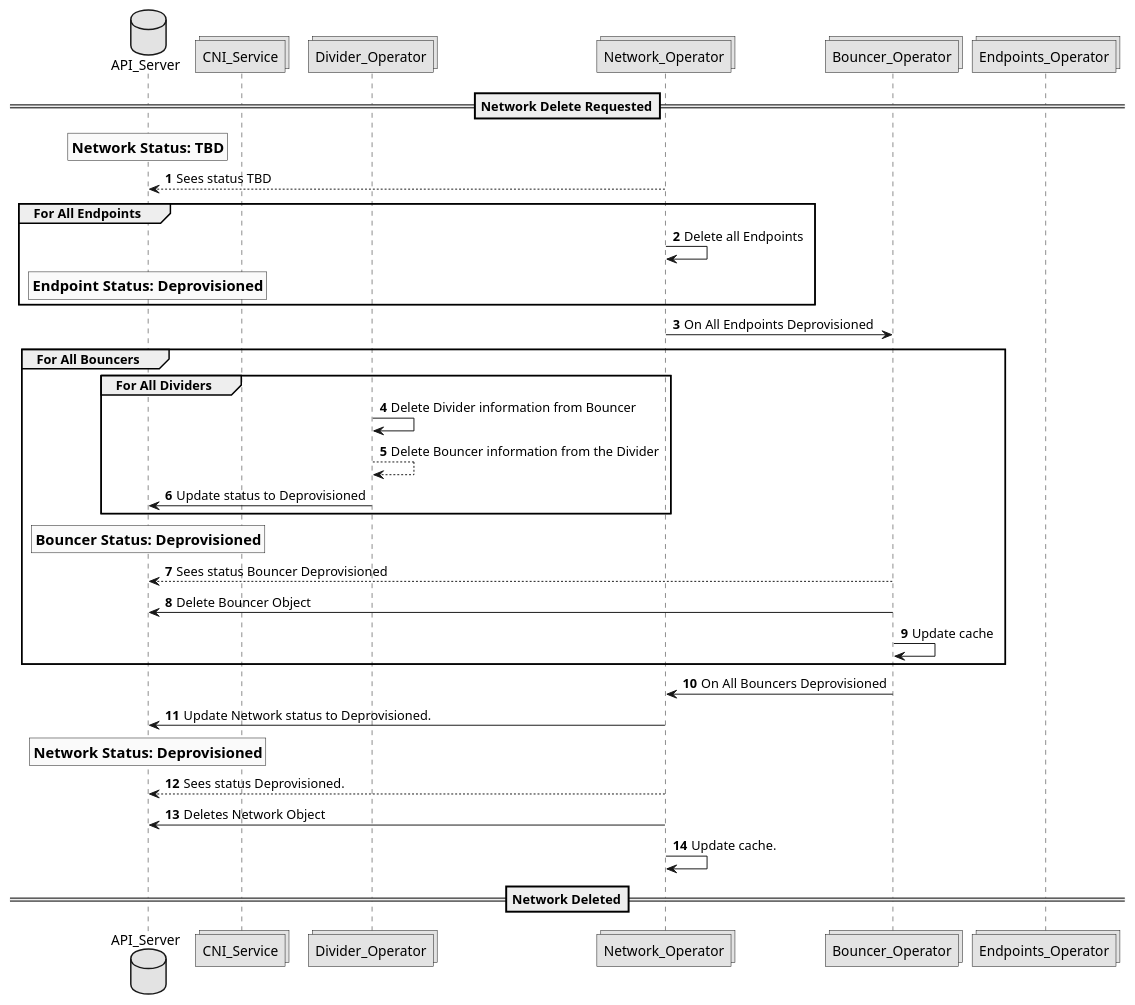
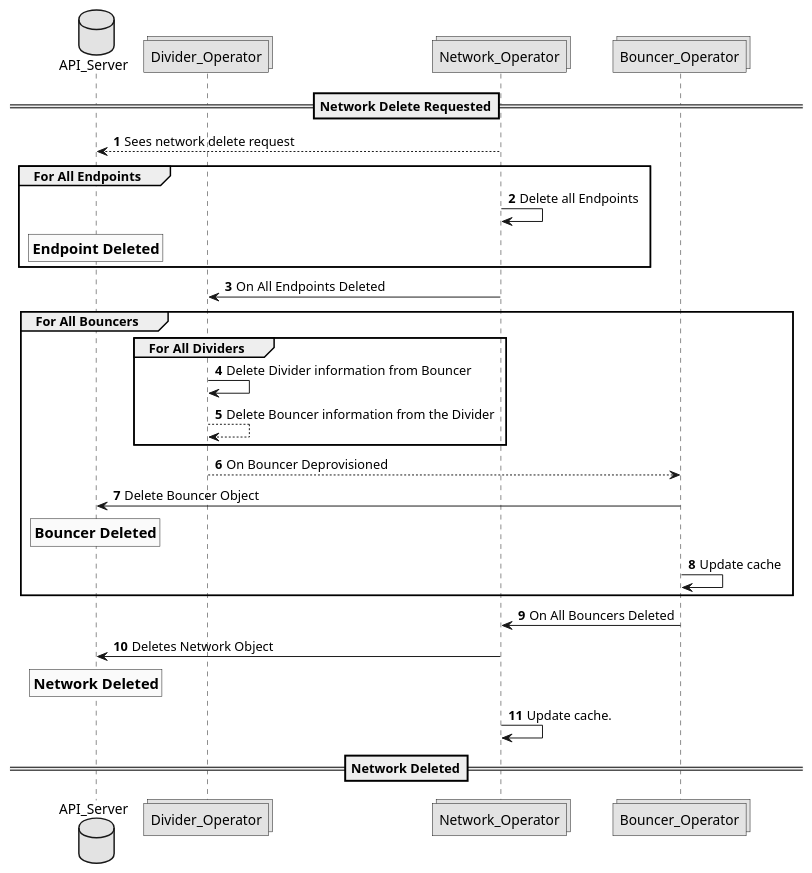
One commit to CentaurusInfra/mizar changed the diagram in docs/design/puml/delete_network_workflow.puml. Above: the diagram before and after it, drawn with PlantUML. The commit also changed 6 other files, not shown here.

Commit message:
Simplify Delete Workflow Diagram

```diff
--- a/docs/design/puml/delete_network_workflow.puml
+++ b/docs/design/puml/delete_network_workflow.puml
@@ -1,41 +1,33 @@
 @startuml
 
 skinparam monochrome true
 autonumber
 
 database API_Server
-collections CNI_Service
 collections Divider_Operator
 collections Network_Operator
 collections Bouncer_Operator
-collections Endpoints_Operator
 
 ==Network Delete Requested==
-rnote over API_Server: ==Network Status: TBD
-Network_Operator --> API_Server: Sees status TBD
+Network_Operator --> API_Server: Sees network delete request
 group For All Endpoints
 Network_Operator -> Network_Operator: Delete all Endpoints
-rnote over API_Server: ==Endpoint Status: Deprovisioned
+rnote over API_Server: ==Endpoint Deleted
 end
-Network_Operator -> Bouncer_Operator: On All Endpoints Deprovisioned
+Network_Operator -> Divider_Operator: On All Endpoints Deleted
 group For All Bouncers
 group For All Dividers
 Divider_Operator -> Divider_Operator: Delete Divider information from Bouncer
 Divider_Operator --> Divider_Operator: Delete Bouncer information from the Divider
-Divider_Operator -> API_Server: Update status to Deprovisioned
 end
-rnote over API_Server: ==Bouncer Status: Deprovisioned
-Bouncer_Operator --> API_Server: Sees status Bouncer Deprovisioned
+Divider_Operator --> Bouncer_Operator: On Bouncer Deprovisioned
 Bouncer_Operator -> API_Server: Delete Bouncer Object
+rnote over API_Server: ==Bouncer Deleted
 Bouncer_Operator -> Bouncer_Operator: Update cache
 end
-Bouncer_Operator -> Network_Operator: On All Bouncers Deprovisioned
-Network_Operator -> API_Server: Update Network status to Deprovisioned.
-rnote over API_Server: ==Network Status: Deprovisioned
-Network_Operator --> API_Server: Sees status Deprovisioned.
+Bouncer_Operator -> Network_Operator: On All Bouncers Deleted
 Network_Operator -> API_Server: Deletes Network Object
+rnote over API_Server: ==Network Deleted
 Network_Operator -> Network_Operator: Update cache.
-
-
 ==Network Deleted==
 @enduml
```
